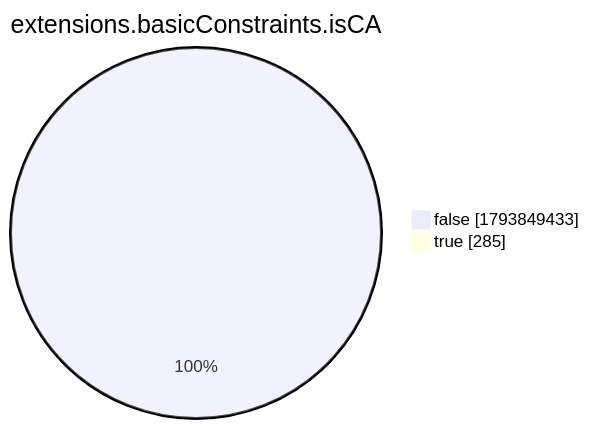
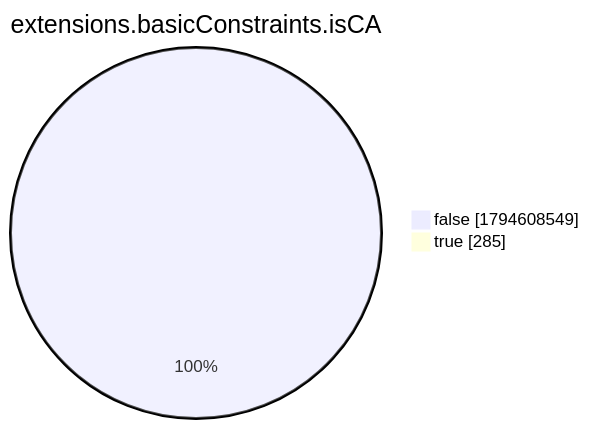
One commit to christiankrug/ctmonitor_visualization changed the eighth of 15 diagrams in xenon2022/README.md. Above: the diagram before and after it, drawn with Mermaid. The commit also changed other lines of this file, not shown here.

````diff
--- a/xenon2022/README.md
+++ b/xenon2022/README.md
@@ -2868,6 +2868,6 @@
 ```mermaid
 pie showData
 title extensions.basicConstraints.isCA
-"false" :1793849433
+"false" :1794608549
 "true" :285
 ```
````
